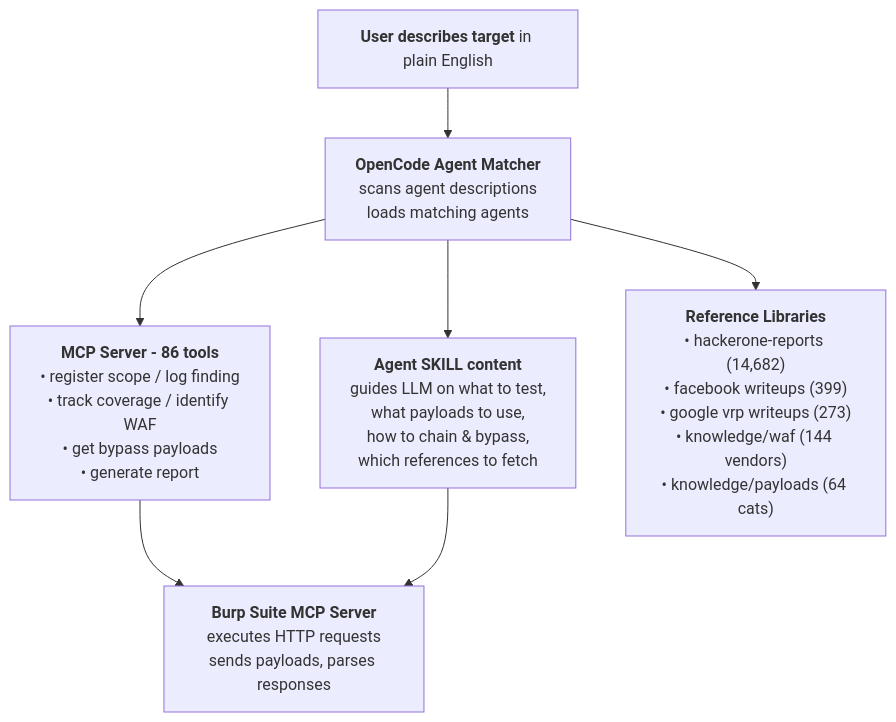
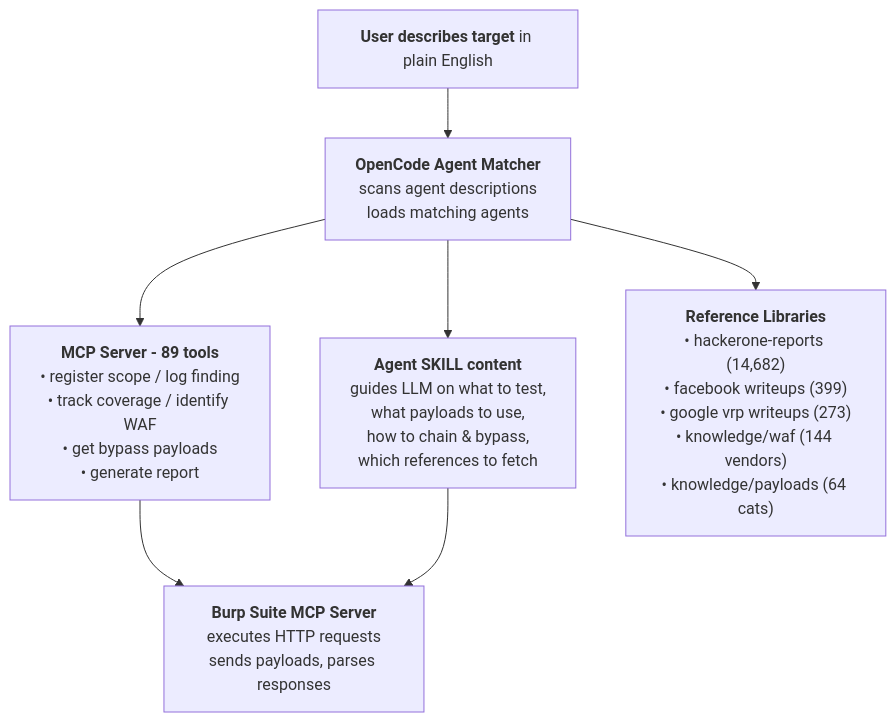
Before and after one commit to manojxshrestha/dristi: the first of 3 diagrams in docs/workflow.md, drawn with Mermaid. The commit also changed other lines of this file and 49 other files, not shown here.

````diff
--- a/docs/workflow.md
+++ b/docs/workflow.md
@@ -16,33 +16,33 @@
 ```mermaid
 graph TB
     User["`**User describes target** in plain English`"]
     Matcher["`**OpenCode Agent Matcher**
     scans agent descriptions
     loads matching agents`"]
-    MCP["`**MCP Server - 86 tools**
+    MCP["`**MCP Server - 89 tools**
     • register scope / log finding
     • track coverage / identify WAF
     • get bypass payloads
     • generate report`"]
     Agent["`**Agent SKILL content**
     guides LLM on what to test,
     what payloads to use,
     how to chain & bypass,
     which references to fetch`"]
     Burp["`**Burp Suite MCP Server**
     executes HTTP requests
     sends payloads, parses responses`"]
     Refs["`**Reference Libraries**
     • hackerone-reports (14,682)
     • facebook writeups (399)
     • google vrp writeups (273)
     • knowledge/waf (144 vendors)
     • knowledge/payloads (64 cats)`"]
 
     User --> Matcher
     Matcher --> MCP
     Matcher --> Agent
     Matcher --> Refs
     MCP --> Burp
     Agent --> Burp
 ```
````
